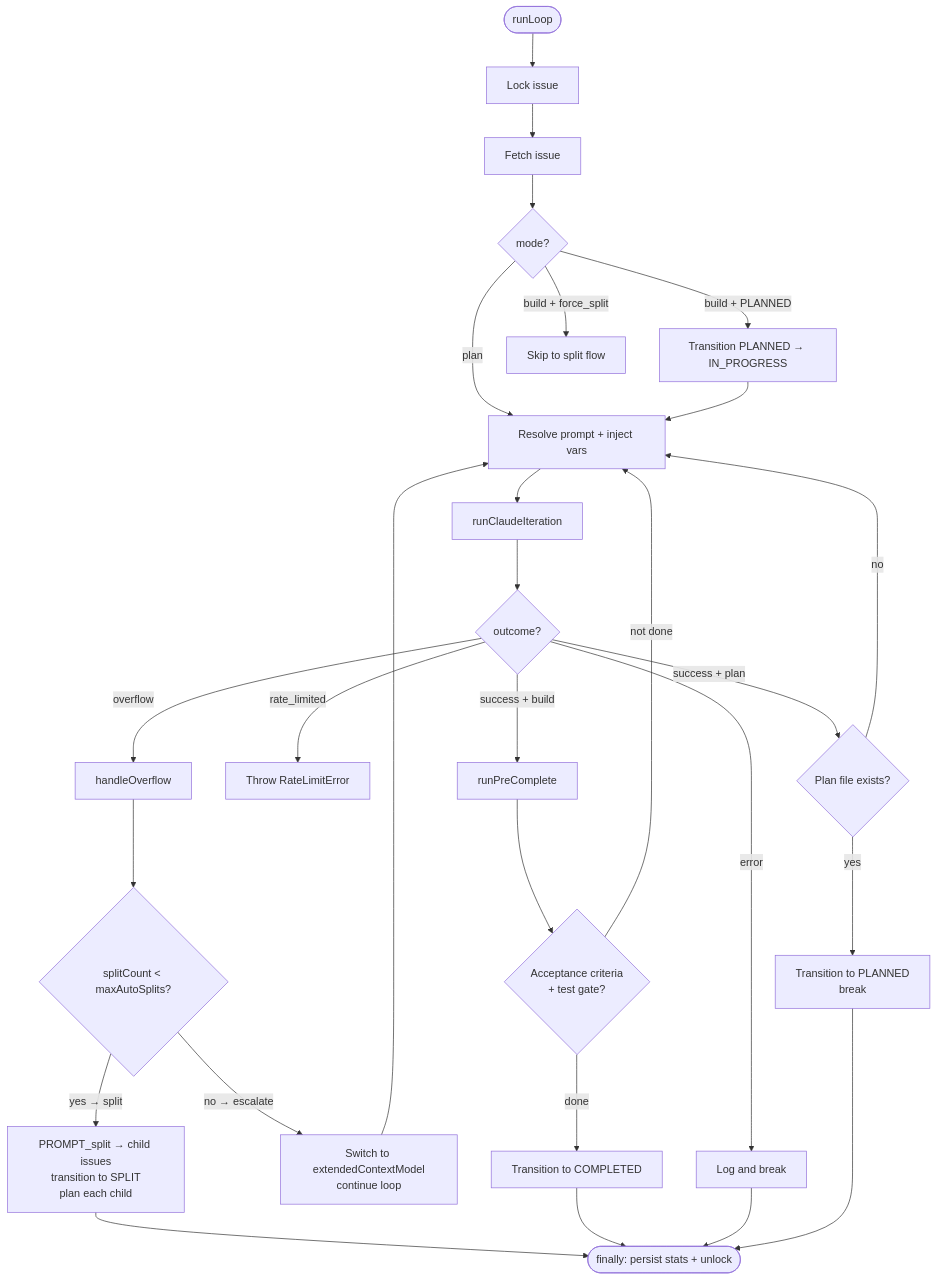
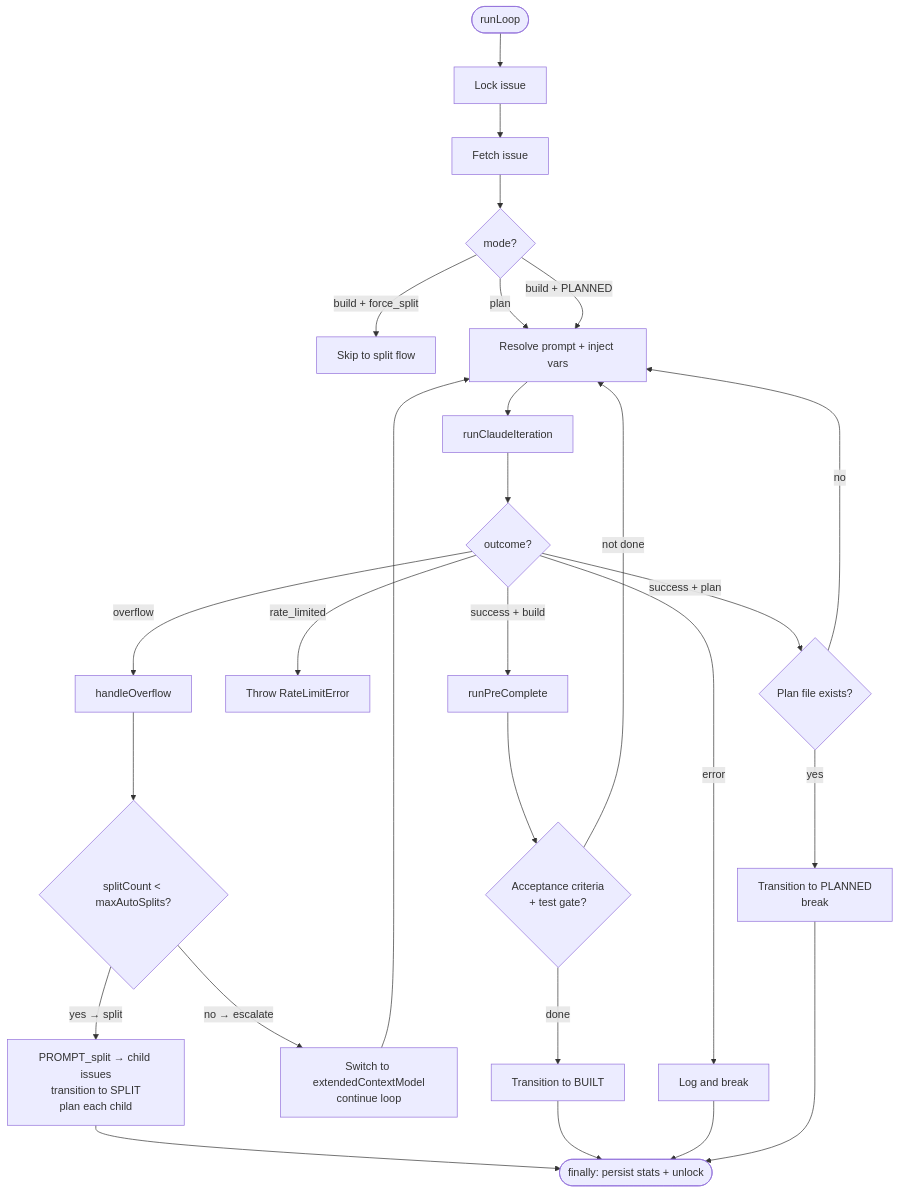
The first of 2 diagrams in resources/architecture/batch-loop.md (vx-daniel/barf-ts), drawn with Mermaid before and after one commit. The commit also changed other lines of this file and 72 other files, not shown here.

````diff
--- a/resources/architecture/batch-loop.md
+++ b/resources/architecture/batch-loop.md
@@ -17,30 +17,29 @@
 ```mermaid
 flowchart TD
     A([runLoop]) --> B[Lock issue]
     B --> C[Fetch issue]
     C --> D{mode?}
-    D -- build + PLANNED --> E[Transition PLANNED → IN_PROGRESS]
     D -- build + force_split --> FS[Skip to split flow]
     D -- plan --> F
-    E --> F[Resolve prompt + inject vars]
+    D -- build + PLANNED --> F[Resolve prompt + inject vars]
     F --> G[runClaudeIteration]
     G --> H{outcome?}
     H -- overflow --> I[handleOverflow]
     I --> J{splitCount < maxAutoSplits?}
     J -- yes → split --> K[PROMPT_split → child issues\ntransition to SPLIT\nplan each child]
     J -- no → escalate --> L[Switch to extendedContextModel\ncontinue loop]
     H -- rate_limited --> M[Throw RateLimitError]
     H -- error --> N[Log and break]
     H -- success + plan --> P{Plan file exists?}
     P -- yes --> Q[Transition to PLANNED\nbreak]
     P -- no --> F
     H -- success + build --> R[runPreComplete]
     R --> S{Acceptance criteria\n+ test gate?}
     S -- not done --> F
-    S -- done --> T[Transition to COMPLETED]
+    S -- done --> T[Transition to BUILT]
     K --> ZZ([finally: persist stats + unlock])
     T --> ZZ
     N --> ZZ
     Q --> ZZ
     L --> F
 ```
````
